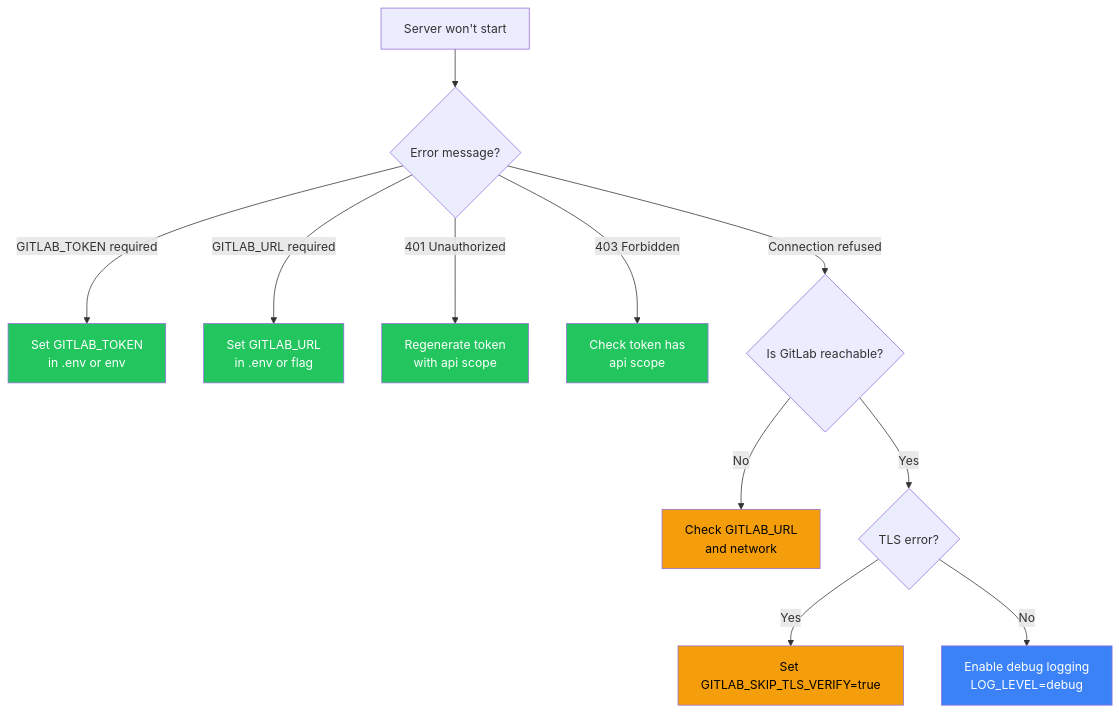
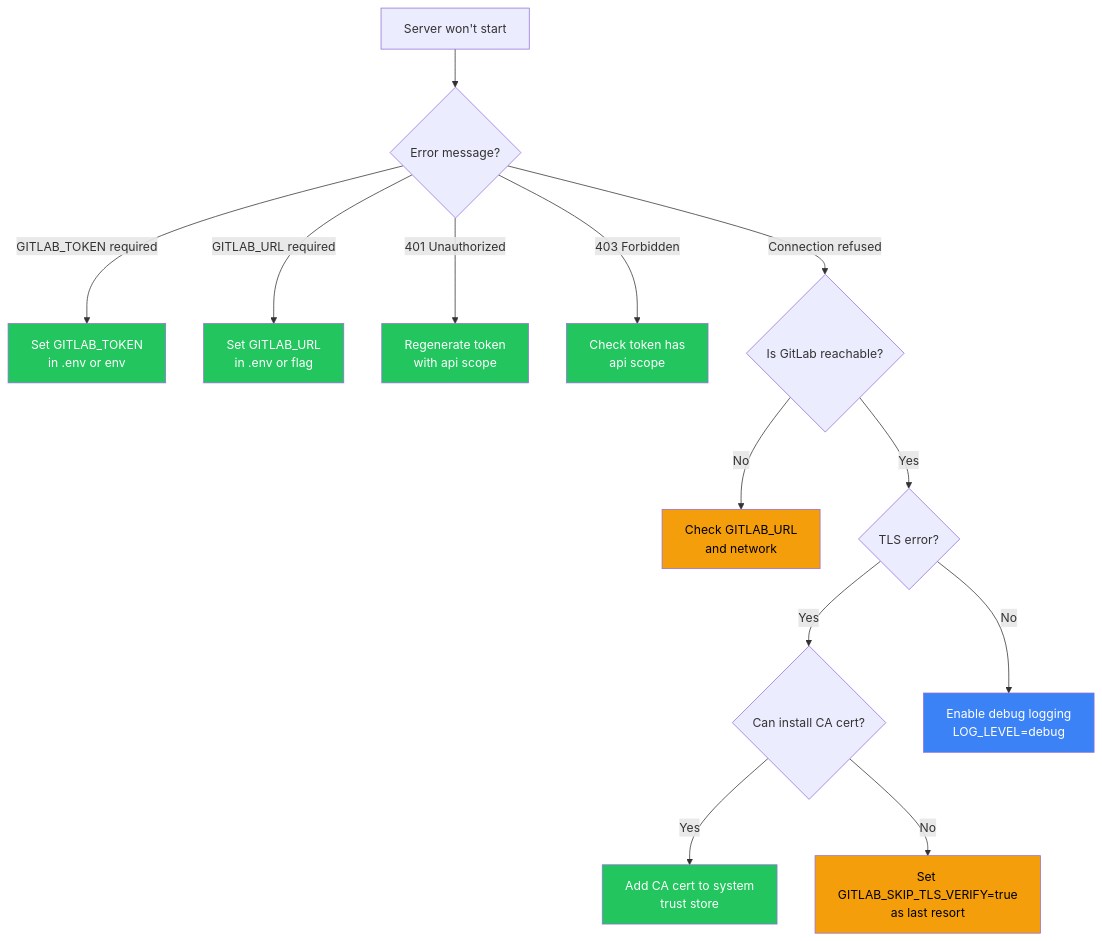
The diagram in site/src/content/docs/operations/troubleshooting.mdx (jmrplens/gitlab-mcp-server), drawn with Mermaid before and after one commit. The commit also changed other lines of this file and 18 other files, not shown here.

````diff
--- a/site/src/content/docs/operations/troubleshooting.mdx
+++ b/site/src/content/docs/operations/troubleshooting.mdx
@@ -14,21 +14,24 @@
 ```mermaid
 flowchart TD
     A[Server won't start] --> B{Error message?}
     B -->|GITLAB_TOKEN required| C[Set GITLAB_TOKEN<br/>in .env or env]
     B -->|GITLAB_URL required| D[Set GITLAB_URL<br/>in .env or flag]
     B -->|401 Unauthorized| E[Regenerate token<br/>with api scope]
     B -->|403 Forbidden| F[Check token has<br/>api scope]
     B -->|Connection refused| G{Is GitLab reachable?}
     G -->|No| H[Check GITLAB_URL<br/>and network]
     G -->|Yes| I{TLS error?}
-    I -->|Yes| J[Set GITLAB_SKIP_TLS_VERIFY=true]
+    I -->|Yes| J{Can install CA cert?}
+    J -->|Yes| J1[Add CA cert to system<br/>trust store]
+    J -->|No| J2[Set GITLAB_SKIP_TLS_VERIFY=true<br/>as last resort]
     I -->|No| K[Enable debug logging<br/>LOG_LEVEL=debug]
 
     style C fill:#22c55e,color:#fff
     style D fill:#22c55e,color:#fff
     style E fill:#22c55e,color:#fff
     style F fill:#22c55e,color:#fff
     style H fill:#f59e0b,color:#000
-    style J fill:#f59e0b,color:#000
+    style J1 fill:#22c55e,color:#fff
+    style J2 fill:#f59e0b,color:#000
     style K fill:#3b82f6,color:#fff
 ```
````
